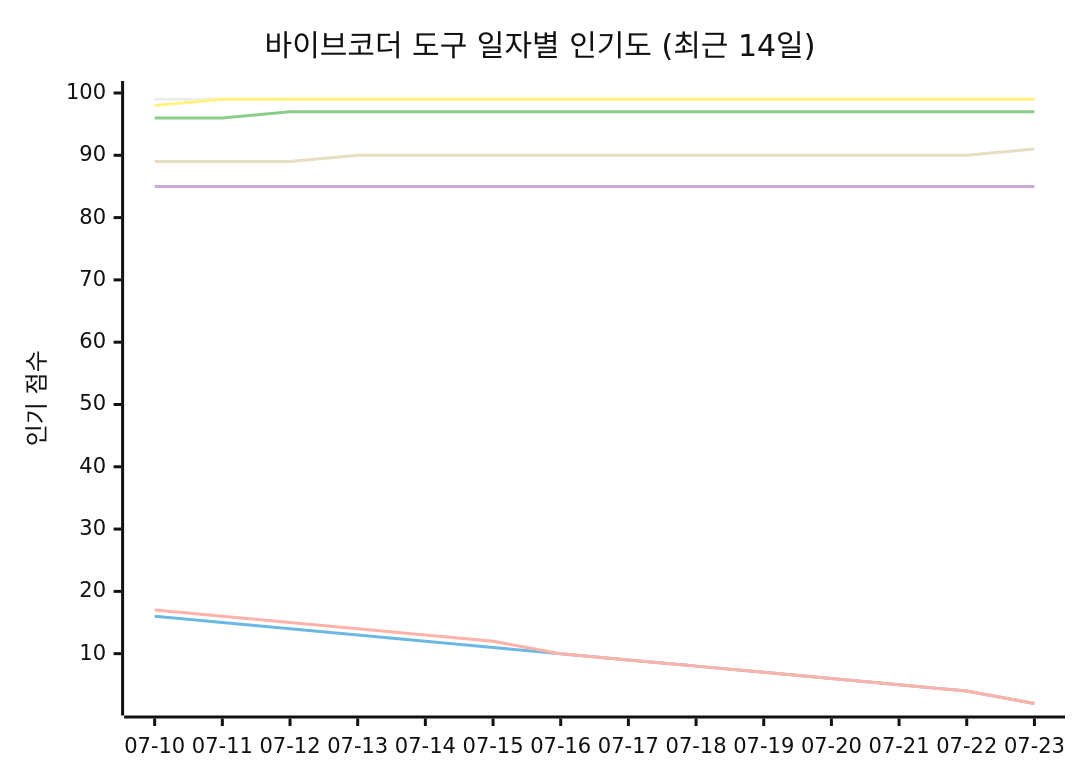
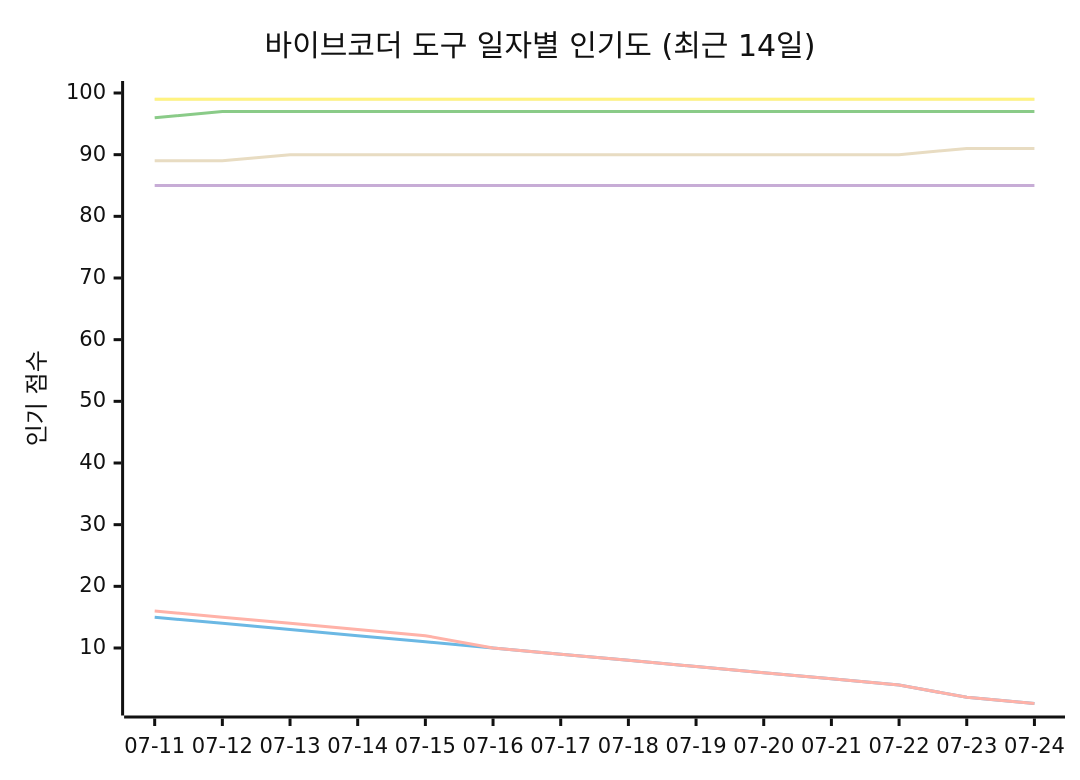
Before and after one commit to tykimos/ai-whatchelin: the seventh of 11 diagrams in README_ko.md, drawn with Mermaid (neutral theme). The commit also changed other lines of this file and 4 other files, not shown here.

````diff
--- a/README_ko.md
+++ b/README_ko.md
@@ -2027,13 +2038,13 @@
 ```mermaid
 xychart-beta
     title "바이브코더 도구 일자별 인기도 (최근 14일)"
-    x-axis ["07-10", "07-11", "07-12", "07-13", "07-14", "07-15", "07-16", "07-17", "07-18", "07-19", "07-20", "07-21", "07-22", "07-23"]
-    y-axis "인기 점수" 2 --> 100
+    x-axis ["07-11", "07-12", "07-13", "07-14", "07-15", "07-16", "07-17", "07-18", "07-19", "07-20", "07-21", "07-22", "07-23", "07-24"]
+    y-axis "인기 점수" 1 --> 100
     line "Claude Code" [99, 99, 99, 99, 99, 99, 99, 99, 99, 99, 99, 99, 99, 99]
-    line "GH Copilot" [16, 15, 14, 13, 12, 11, 10, 9, 8, 7, 6, 5, 4, 2]
-    line "Cursor" [96, 96, 97, 97, 97, 97, 97, 97, 97, 97, 97, 97, 97, 97]
+    line "GH Copilot" [15, 14, 13, 12, 11, 10, 9, 8, 7, 6, 5, 4, 2, 1]
+    line "Cursor" [96, 97, 97, 97, 97, 97, 97, 97, 97, 97, 97, 97, 97, 97]
     line "Windsurf" [85, 85, 85, 85, 85, 85, 85, 85, 85, 85, 85, 85, 85, 85]
-    line "Codex CLI" [89, 89, 89, 90, 90, 90, 90, 90, 90, 90, 90, 90, 90, 91]
-    line "Gemini CLI" [17, 16, 15, 14, 13, 12, 10, 9, 8, 7, 6, 5, 4, 2]
-    line "Antigravity" [98, 99, 99, 99, 99, 99, 99, 99, 99, 99, 99, 99, 99, 99]
+    line "Codex CLI" [89, 89, 90, 90, 90, 90, 90, 90, 90, 90, 90, 90, 91, 91]
+    line "Gemini CLI" [16, 15, 14, 13, 12, 10, 9, 8, 7, 6, 5, 4, 2, 1]
+    line "Antigravity" [99, 99, 99, 99, 99, 99, 99, 99, 99, 99, 99, 99, 99, 99]
 ```
````
